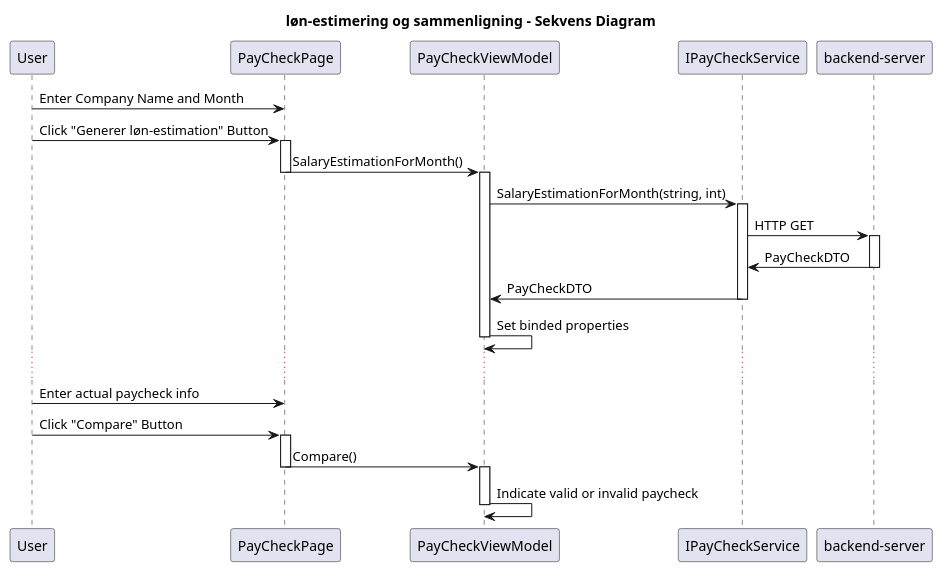
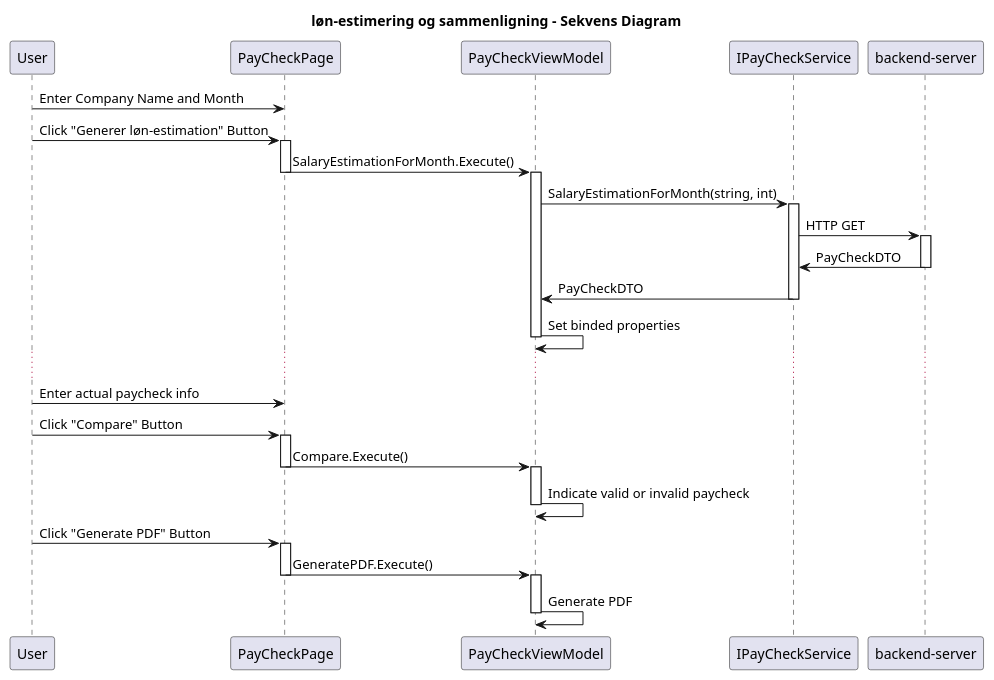
Before and after one commit to a-chiha/FinanceTrackerBackend: the diagram in diagrams/maui/paycheckSeq.puml, drawn with PlantUML. The commit also changed 11 other files, not shown here.

```diff
--- a/diagrams/maui/paycheckSeq.puml
+++ b/diagrams/maui/paycheckSeq.puml
@@ -1,37 +1,48 @@
 @startuml
 title løn-estimering og sammenligning - Sekvens Diagram
 participant "User" as User
 participant "PayCheckPage" as Page
 participant "PayCheckViewModel" as ViewModel
 participant "IPayCheckService" as ServiceInterface
 participant "backend-server" as BackendServer
 
 User -> Page : Enter Company Name and Month
 User -> Page : Click "Generer løn-estimation" Button
 activate Page
-Page -> ViewModel : SalaryEstimationForMonth()
+Page -> ViewModel : SalaryEstimationForMonth.Execute()
 deactivate Page
 activate ViewModel
 ViewModel -> ServiceInterface : SalaryEstimationForMonth(string, int)
 activate ServiceInterface
 ServiceInterface -> BackendServer : HTTP GET
 activate BackendServer
 BackendServer -> ServiceInterface : PayCheckDTO
 deactivate BackendServer
 ServiceInterface -> ViewModel : PayCheckDTO
 deactivate ServiceInterface
 ViewModel -> ViewModel : Set binded properties
 deactivate ViewModel
 
 ...
 
 User -> Page : Enter actual paycheck info
 User -> Page : Click "Compare" Button
 activate Page
-Page -> ViewModel : Compare()
+Page -> ViewModel : Compare.Execute()
 deactivate Page
 activate ViewModel
 ViewModel -> ViewModel : Indicate valid or invalid paycheck
 deactivate ViewModel
 
+
+
+
+User -> Page : Click "Generate PDF" Button
+activate Page
+Page -> ViewModel : GeneratePDF.Execute()
+deactivate Page
+activate ViewModel
+ViewModel -> ViewModel : Generate PDF
+deactivate ViewModel
+
 @enduml
```
